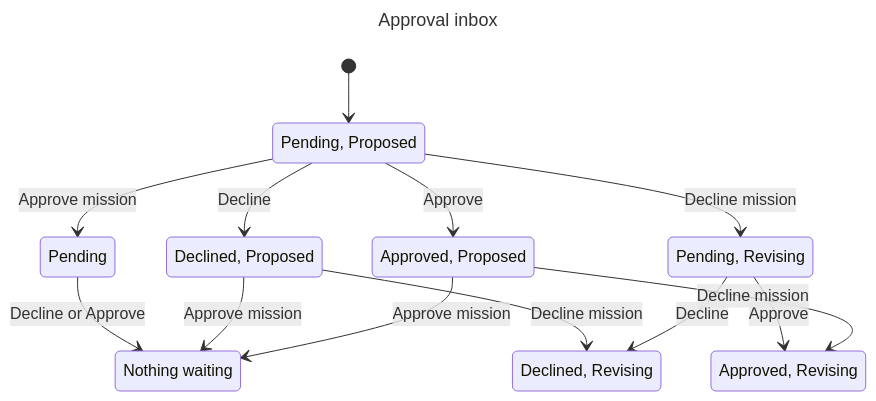
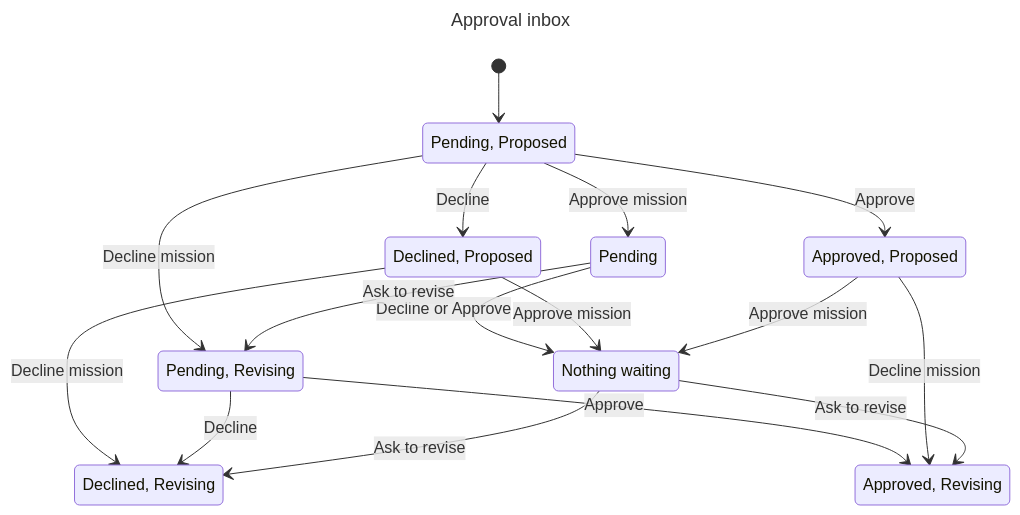
One commit to moeghashim/tensquads changed the diagram in packages/statecharts/approval/chart.mmd. Above: the diagram before and after it, drawn with Mermaid. The commit also changed 39 other files, not shown here.

```diff
--- a/packages/statecharts/approval/chart.mmd
+++ b/packages/statecharts/approval/chart.mmd
@@ -1,24 +1,27 @@
 ---
 title: "Approval inbox"
 ---
 stateDiagram-v2
   s0: Pending, Proposed
   s1: Pending
   s2: Declined, Proposed
   s3: Pending, Revising
   s4: Approved, Proposed
   s5: Nothing waiting
   s6: Declined, Revising
   s7: Approved, Revising
   [*] --> s0
   s0 --> s1: Approve mission
   s0 --> s2: Decline
   s0 --> s3: Decline mission
   s0 --> s4: Approve
   s1 --> s5: Decline or Approve
+  s1 --> s3: Ask to revise
   s2 --> s5: Approve mission
   s2 --> s6: Decline mission
   s3 --> s6: Decline
   s3 --> s7: Approve
   s4 --> s5: Approve mission
   s4 --> s7: Decline mission
+  s5 --> s6: Ask to revise
+  s5 --> s7: Ask to revise
```
